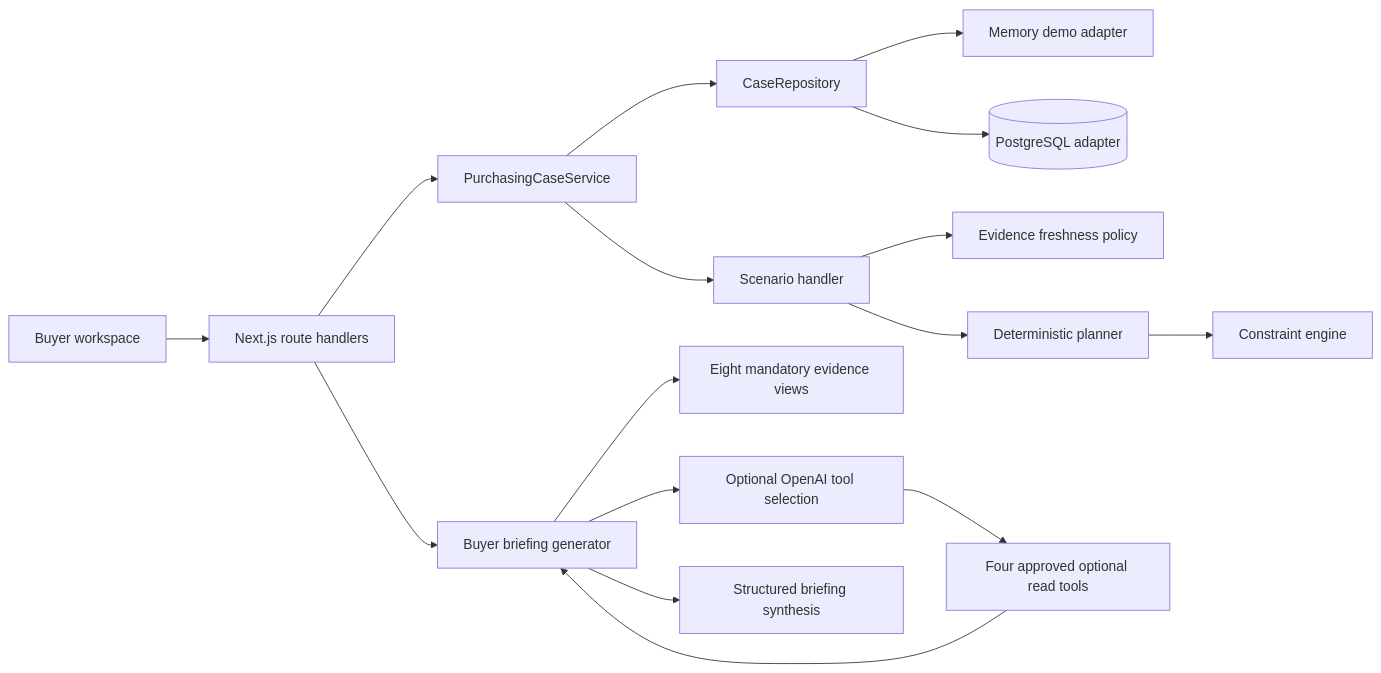
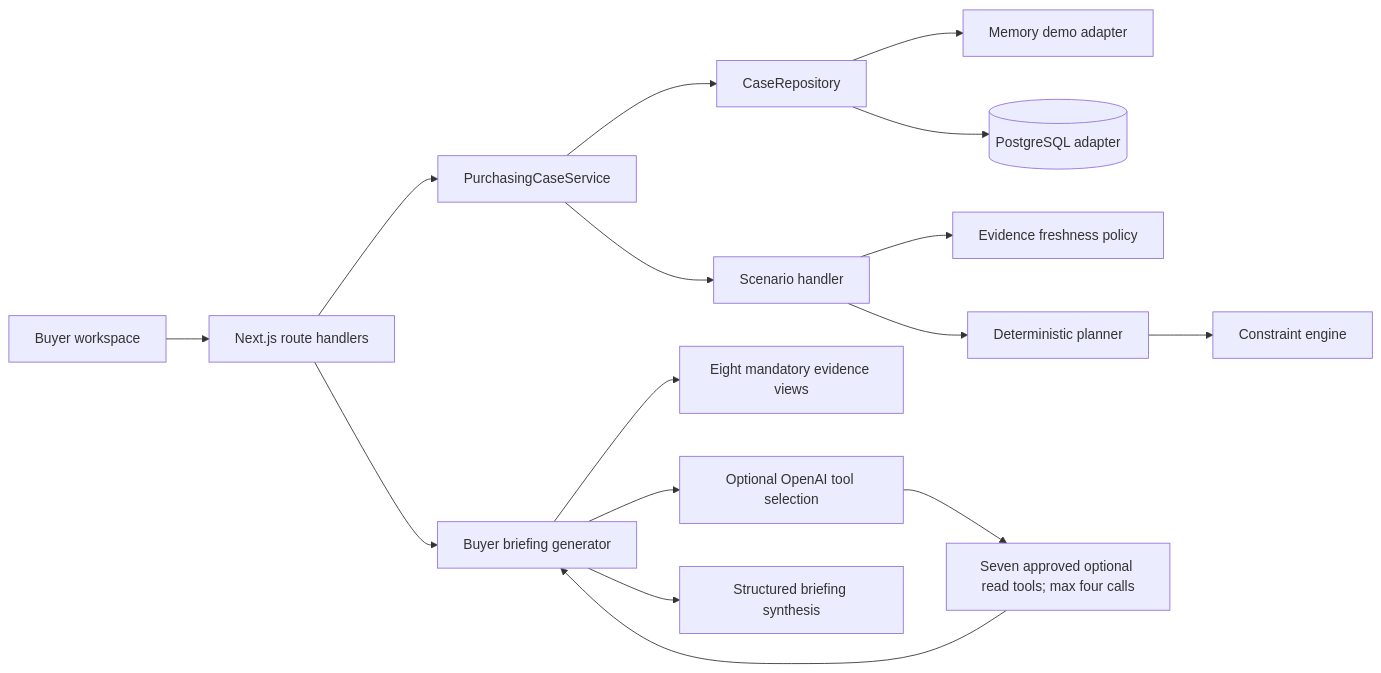
The first of 3 diagrams in docs/architecture.md (snehilsaini/ai-purchasing-agent), drawn with Mermaid before and after one commit. The commit also changed other lines of this file and 27 other files, not shown here.

````diff
--- a/docs/architecture.md
+++ b/docs/architecture.md
@@ -7,18 +7,18 @@
 ```mermaid
 flowchart LR
     UI[Buyer workspace] --> API[Next.js route handlers]
     API --> WF[PurchasingCaseService]
     WF --> REPO[CaseRepository]
     REPO --> MEM[Memory demo adapter]
     REPO --> PG[(PostgreSQL adapter)]
     WF --> ANALYZE[Scenario handler]
     ANALYZE --> FRESH[Evidence freshness policy]
     ANALYZE --> PLAN[Deterministic planner]
     PLAN --> RULES[Constraint engine]
     API --> AGENT[Buyer briefing generator]
     AGENT --> READ[Eight mandatory evidence views]
     AGENT --> LLM[Optional OpenAI tool selection]
-    LLM --> OPT[Four approved optional read tools]
+    LLM --> OPT[Seven approved optional read tools; max four calls]
     OPT --> AGENT
     AGENT --> BRIEF[Structured briefing synthesis]
 ```
````
